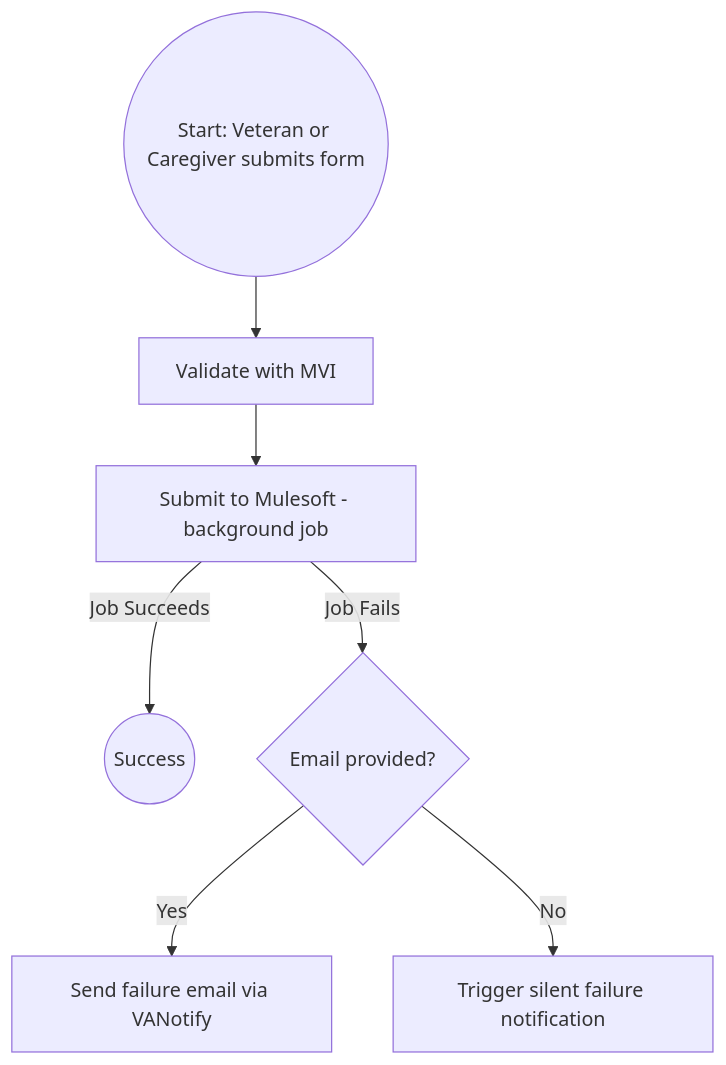
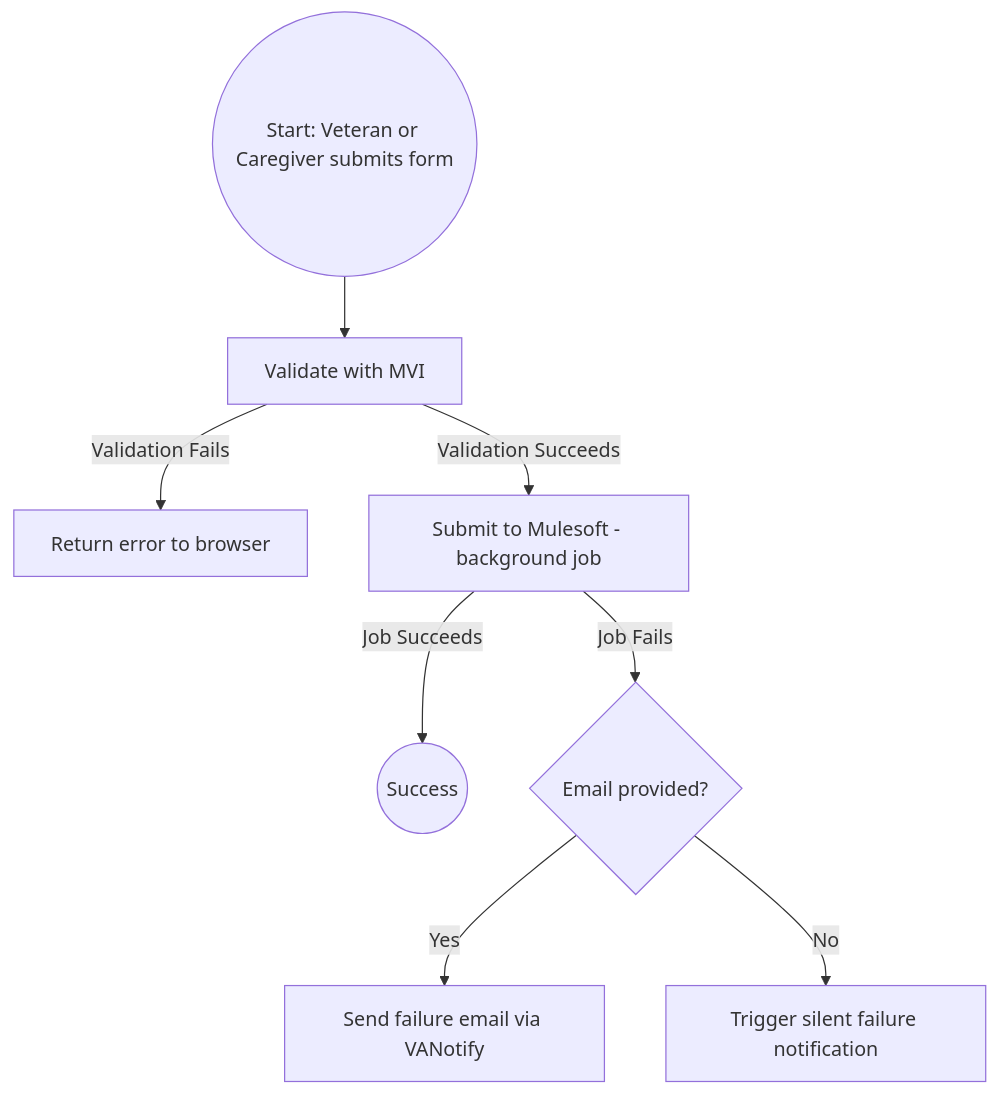
One commit to department-of-veterans-affairs/va.gov-team changed the diagram in products/caregivers/eng-docs/10-10CG Flowchart.md. Above: the diagram before and after it, drawn with Mermaid.

Commit message:
add error state to chart

````diff
--- a/products/caregivers/eng-docs/10-10CG Flowchart.md
+++ b/products/caregivers/eng-docs/10-10CG Flowchart.md
@@ -1,12 +1,13 @@
 ```mermaid
 flowchart TD
     A((Start: Veteran or Caregiver submits form)) --> B[Validate with MVI]
-    B --> C[Submit to Mulesoft - background job]
+
+    B -->|Validation Fails| H[Return error to browser]
+    B -->|Validation Succeeds| C[Submit to Mulesoft - background job]
 
     C -->|Job Succeeds| D((Success))
 
     C -->|Job Fails| E{Email provided?}
     E -->|Yes| F[Send failure email via VANotify]
     E -->|No| G[Trigger silent failure notification]
-
 ```
````
